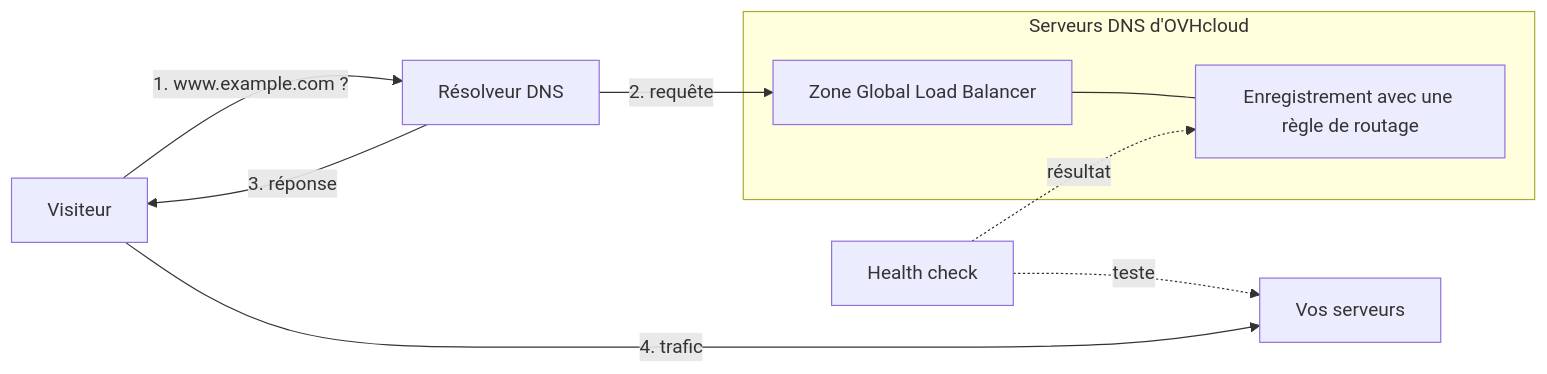
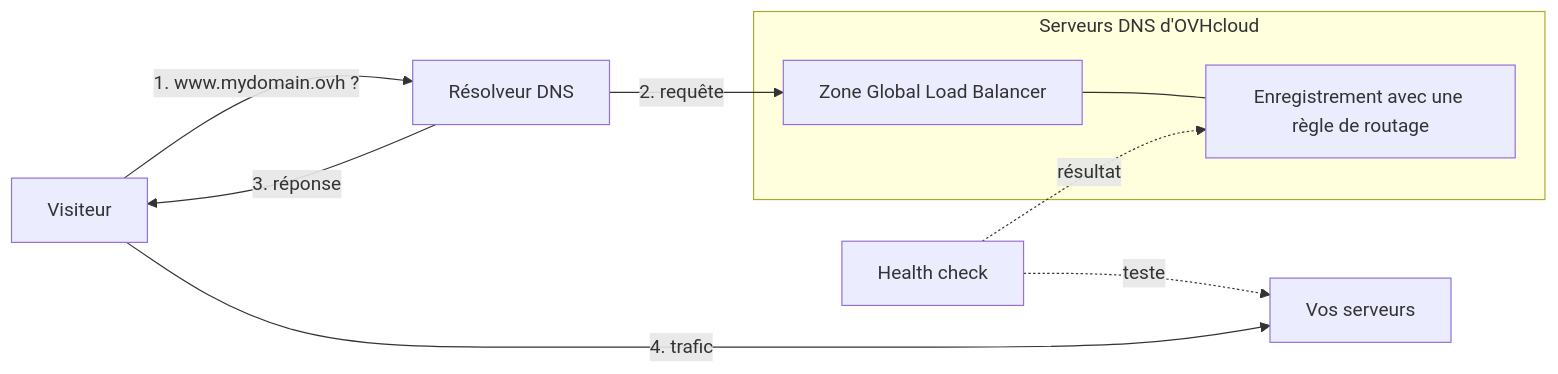
Before and after one commit to ovh/ovhcloud-docs: the diagram in docs/fr/guides/network/global-load-balancer/global-load-balancer-getting-started.mdx, drawn with Mermaid. The commit also changed other lines of this file and 15 other files, not shown here.

````diff
--- a/docs/fr/guides/network/global-load-balancer/global-load-balancer-getting-started.mdx
+++ b/docs/fr/guides/network/global-load-balancer/global-load-balancer-getting-started.mdx
@@ -37,18 +36,18 @@
 ```mermaid
 flowchart LR
     visitor["Visiteur"]
     resolver["Résolveur DNS"]
     subgraph ovh["Serveurs DNS d'OVHcloud"]
         zone["Zone Global Load Balancer"]
         record["Enregistrement avec une règle de routage"]
     end
     hc["Health check"]
     servers["Vos serveurs"]
-    visitor -->|"1. www.example.com ?"| resolver
+    visitor -->|"1. www.mydomain.ovh ?"| resolver
     resolver -->|"2. requête"| zone
     zone --- record
     hc -.->|"teste"| servers
     hc -.->|"résultat"| record
     resolver -->|"3. réponse"| visitor
     visitor -->|"4. trafic"| servers
 ```
````
